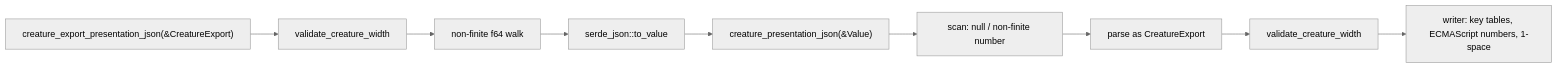
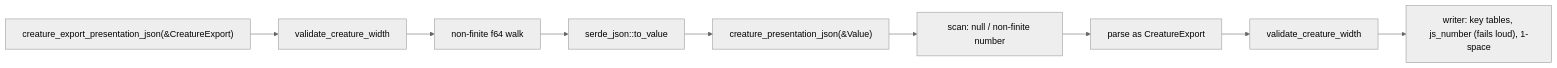
Before and after one commit to stSoftwareAU/NEAT-AI-core: the diagram in docs/archive/pr-summaries/pr-summary-766.md, drawn with Mermaid (neutral theme). The commit also changed other lines of this file, not shown here.

````diff
--- a/docs/archive/pr-summaries/pr-summary-766.md
+++ b/docs/archive/pr-summaries/pr-summary-766.md
@@ -128,11 +93,11 @@
 ```mermaid
 flowchart LR
     T["creature_export_presentation_json(&CreatureExport)"] --> W1["validate_creature_width"]
     W1 --> F["non-finite f64 walk"]
     F --> V["serde_json::to_value"]
     V --> D["creature_presentation_json(&Value)"]
     D --> S["scan: null / non-finite number"]
     S --> P["parse as CreatureExport"]
     P --> W2["validate_creature_width"]
-    W2 --> O["writer: key tables, ECMAScript numbers, 1-space"]
+    W2 --> O["writer: key tables, js_number (fails loud), 1-space"]
 ```
````
